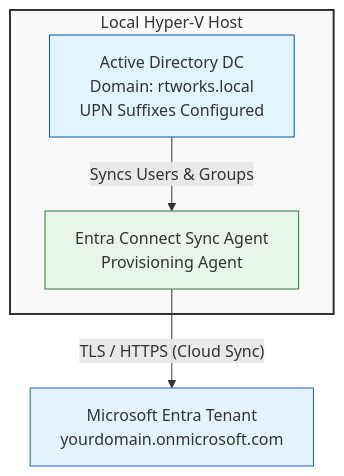
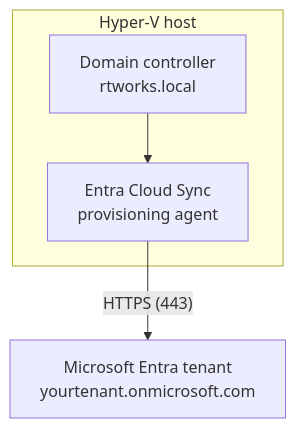
Before and after one commit to RashidT/entra-hybrid-identity-lab: the diagram in README.md, drawn with Mermaid. The commit also changed other lines of this file and 22 other files, not shown here.

````diff
--- a/README.md
+++ b/README.md
@@ -23,16 +56,9 @@
 ```mermaid
 graph TD
-    subgraph Host ["Local Hyper-V Host"]
-        AD["Active Directory DC<br/>Domain: rtworks.local<br/>UPN Suffixes Configured"]
-        Sync["Entra Connect Sync Agent<br/>Provisioning Agent"]
-        AD -->|Syncs Users & Groups| Sync
+    subgraph Host ["Hyper-V host"]
+        AD["Domain controller<br/>rtworks.local"]
+        Agent["Entra Cloud Sync<br/>provisioning agent"]
+        AD --> Agent
     end
-
-    Sync -->|"TLS / HTTPS (Cloud Sync)"| Entra["Microsoft Entra Tenant<br/>yourdomain.onmicrosoft.com"]
-
-    style Host fill:#f9f9f9,stroke:#333,stroke-width:2px
-    style AD fill:#e1f5fe,stroke:#01579b,stroke-width:1px
-    style Sync fill:#e8f5e9,stroke:#2e7d32,stroke-width:1px
-    style Entra fill:#e3f2fd,stroke:#1565c0,stroke-width:1px
-
+    Agent -->|"HTTPS (443)"| Entra["Microsoft Entra tenant<br/>yourtenant.onmicrosoft.com"]
 ```
````
